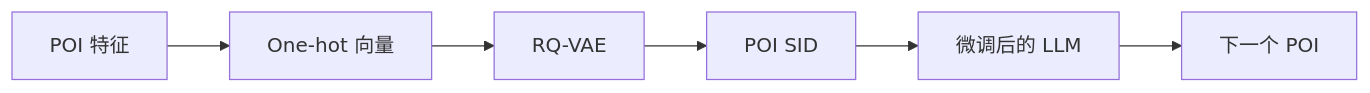
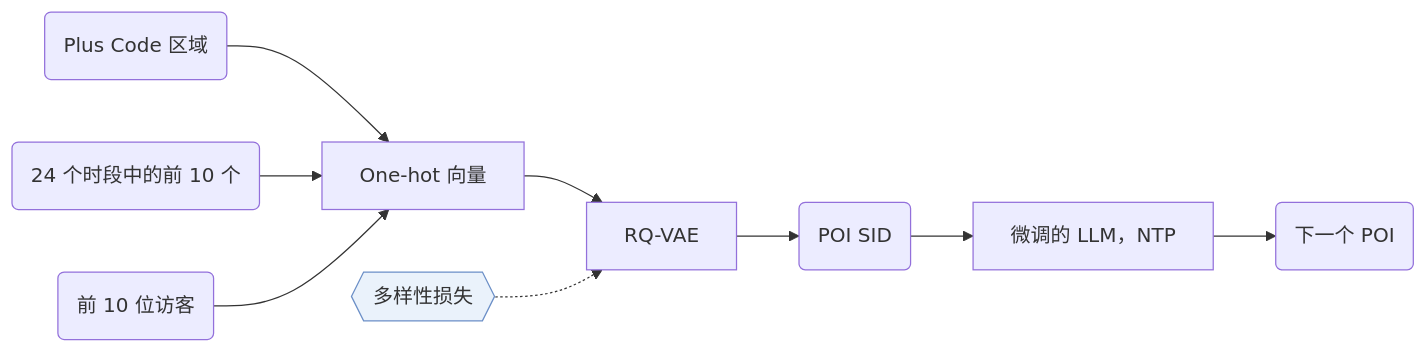
One commit to Galaxy-ghost/Awesome-SID-Generative-Rec changed the diagram in notes/zh/gnpr-sid.md. Above: the diagram before and after it, drawn with Mermaid. The commit also changed 521 other files, not shown here.

Commit message:
writer-04 part 3: algorithm diagrams with shared shape conventions, README hero and paper cards, archive removed

````diff
--- a/notes/zh/gnpr-sid.md
+++ b/notes/zh/gnpr-sid.md
@@ -14,8 +14,12 @@
 ```mermaid
 flowchart LR
-    A[POI 特征] --> B[One-hot 向量]
-    B --> C[RQ-VAE]
-    C --> D[POI SID]
-    D --> E[微调后的 LLM]
-    E --> F[下一个 POI]
+    A("Plus Code 区域") --> D["One-hot 向量"]
+    B("24 个时段中的前 10 个") --> D
+    C("前 10 位访客") --> D
+    D --> E["RQ-VAE"]
+    L1{{"多样性损失"}}:::key -.-> E
+    E --> F("POI SID")
+    F --> G["微调的 LLM，NTP"]
+    G --> H("下一个 POI")
+    classDef key fill:#eaf2fb,stroke:#6b8fc7
 ```
````
